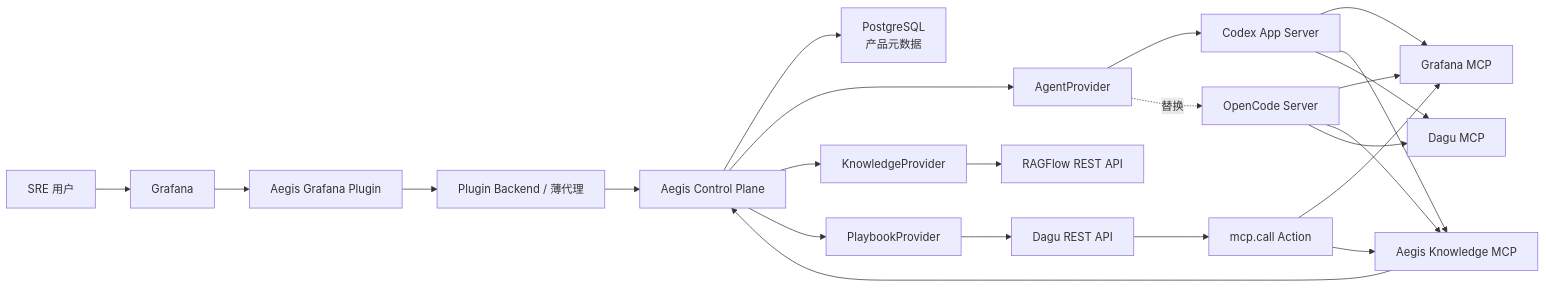
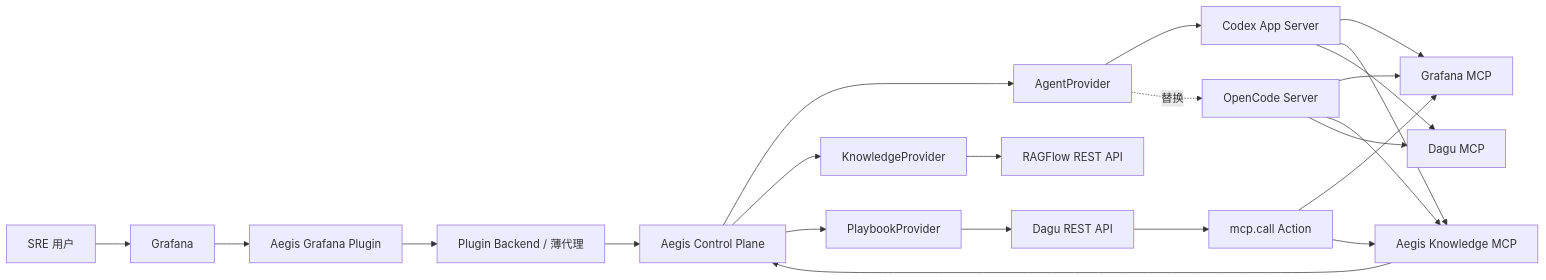
Before and after one commit to ChaonanShen/aegis-sre: the diagram in docs/architecture.md, drawn with Mermaid. The commit also changed other lines of this file and 1 other file, not shown here.

````diff
--- a/docs/architecture.md
+++ b/docs/architecture.md
@@ -18,29 +18,28 @@
 ```mermaid
 flowchart LR
     User["SRE 用户"] --> Grafana["Grafana"]
     Grafana --> Plugin["Aegis Grafana Plugin"]
     Plugin --> BFF["Plugin Backend / 薄代理"]
     BFF --> CP["Aegis Control Plane"]
 
-    CP --> PG["PostgreSQL\n产品元数据"]
     CP --> AgentPort["AgentProvider"]
     CP --> KnowledgePort["KnowledgeProvider"]
     CP --> PlaybookPort["PlaybookProvider"]
 
     AgentPort --> Codex["Codex App Server"]
     AgentPort -. "替换" .-> OpenCode["OpenCode Server"]
     KnowledgePort --> RAGFlow["RAGFlow REST API"]
     PlaybookPort --> Dagu["Dagu REST API"]
 
     Codex --> GrafanaMCP["Grafana MCP"]
     Codex --> KnowledgeMCP["Aegis Knowledge MCP"]
     Codex --> DaguMCP["Dagu MCP"]
     OpenCode --> GrafanaMCP
     OpenCode --> KnowledgeMCP
     OpenCode --> DaguMCP
 
     KnowledgeMCP --> CP
     Dagu --> MCPCall["mcp.call Action"]
     MCPCall --> GrafanaMCP
     MCPCall --> KnowledgeMCP
 ```
````
